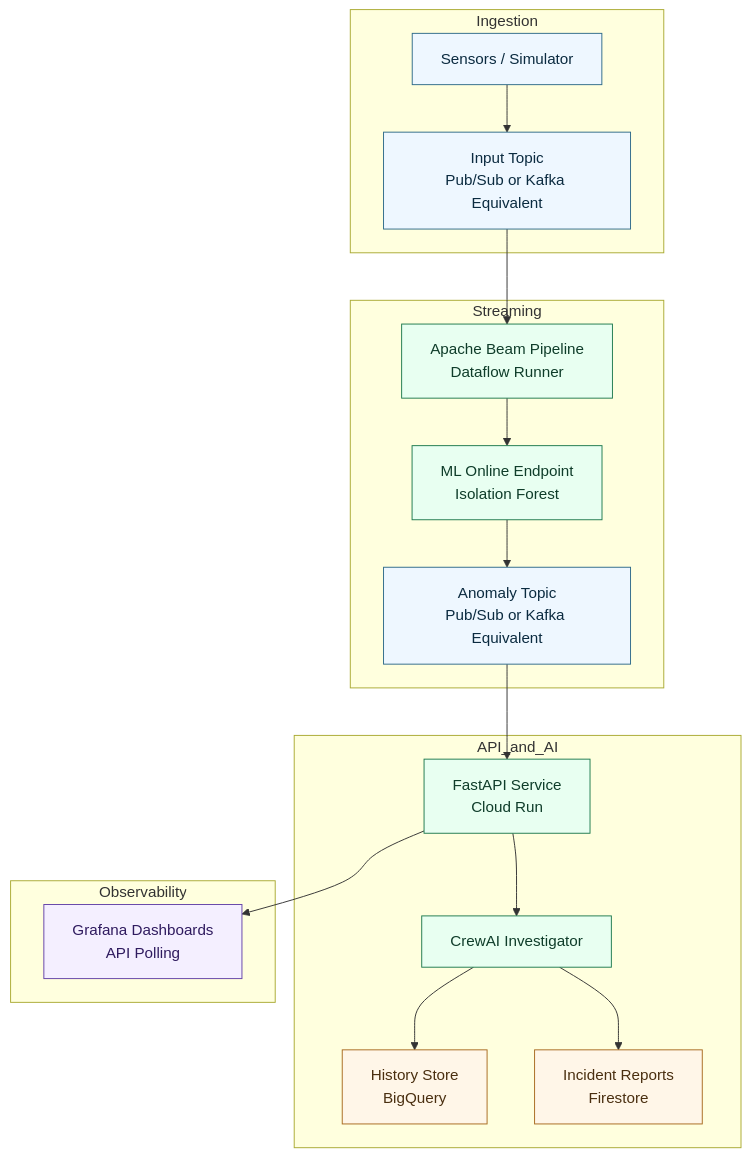
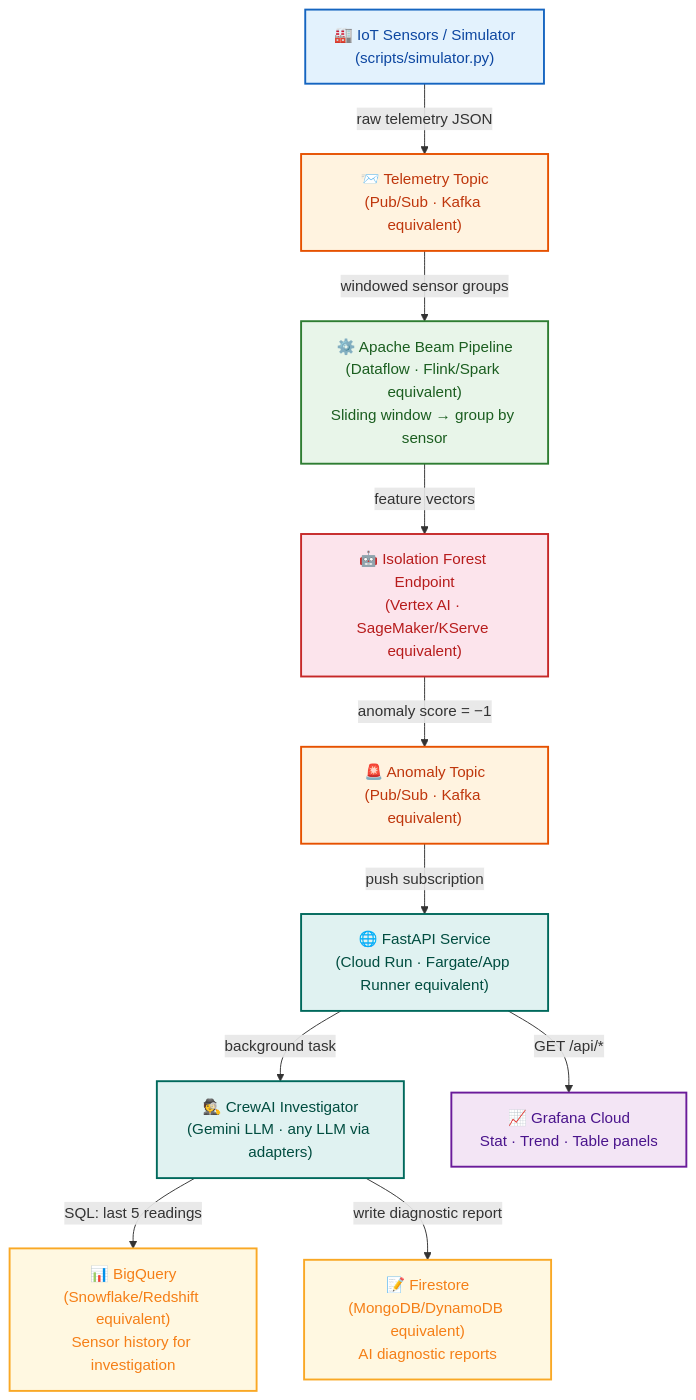
One commit to abhishekkr9/iot-anomaly-reliability changed the first of 2 diagrams in README.md. Above: the diagram before and after it, drawn with Mermaid. The commit also changed other lines of this file, not shown here.

Commit message:
Update architecture

````diff
--- a/README.md
+++ b/README.md
@@ -49,38 +51,40 @@
 ```mermaid
 flowchart TB
-  classDef edge fill:#eef7ff,stroke:#2f6b8a,stroke-width:1px,color:#0b2b40;
-  classDef compute fill:#e8fff1,stroke:#1f7a4f,stroke-width:1px,color:#0f3d2a;
-  classDef store fill:#fff6e8,stroke:#a86a1f,stroke-width:1px,color:#4a2f10;
-  classDef obs fill:#f4efff,stroke:#6443a8,stroke-width:1px,color:#2f1b5f;
+  classDef source fill:#e3f2fd,stroke:#1565c0,stroke-width:2px,color:#0d47a1
+  classDef stream fill:#fff3e0,stroke:#e65100,stroke-width:2px,color:#bf360c
+  classDef process fill:#e8f5e9,stroke:#2e7d32,stroke-width:2px,color:#1b5e20
+  classDef ml fill:#fce4ec,stroke:#c62828,stroke-width:2px,color:#b71c1c
+  classDef api fill:#e0f2f1,stroke:#00695c,stroke-width:2px,color:#004d40
+  classDef store fill:#fff8e1,stroke:#f9a825,stroke-width:2px,color:#f57f17
+  classDef dash fill:#f3e5f5,stroke:#6a1b9a,stroke-width:2px,color:#4a148c
 
-  subgraph Ingestion
-    S[Sensors / Simulator]:::edge
-    T1[Input Topic\nPub/Sub or Kafka Equivalent]:::edge
-    S --> T1
-  end
+  S["🏭 IoT Sensors / Simulator\n(scripts/simulator.py)"]:::source
 
-  subgraph Streaming
-    B[Apache Beam Pipeline\nDataflow Runner]:::compute
-    V[ML Online Endpoint\nIsolation Forest]:::compute
-    T2[Anomaly Topic\nPub/Sub or Kafka Equivalent]:::edge
-    T1 --> B
-    B --> V
-    V --> T2
-  end
+  T1["📨 Telemetry Topic\n(Pub/Sub · Kafka equivalent)"]:::stream
 
-  subgraph API_and_AI
-    A[FastAPI Service\nCloud Run]:::compute
-    C[CrewAI Investigator]:::compute
-    Q[History Store\nBigQuery]:::store
-    F[Incident Reports\nFirestore]:::store
-    T2 --> A
-    A --> C
-    C --> Q
-    C --> F
-  end
+  BP["⚙️ Apache Beam Pipeline\n(Dataflow · Flink/Spark equivalent)\nSliding window → group by sensor"]:::process
 
-  subgraph Observability
-    G[Grafana Dashboards\nAPI Polling]:::obs
-    A --> G
-  end
+  ML["🤖 Isolation Forest Endpoint\n(Vertex AI · SageMaker/KServe equivalent)"]:::ml
+
+  T2["🚨 Anomaly Topic\n(Pub/Sub · Kafka equivalent)"]:::stream
+
+  API["🌐 FastAPI Service\n(Cloud Run · Fargate/App Runner equivalent)"]:::api
+
+  CREW["🕵️ CrewAI Investigator\n(Gemini LLM · any LLM via adapters)"]:::api
+
+  BQ["📊 BigQuery\n(Snowflake/Redshift equivalent)\nSensor history for investigation"]:::store
+
+  FS["📝 Firestore\n(MongoDB/DynamoDB equivalent)\nAI diagnostic reports"]:::store
+
+  GF["📈 Grafana Cloud\nStat · Trend · Table panels"]:::dash
+
+  S -- "raw telemetry JSON" --> T1
+  T1 -- "windowed sensor groups" --> BP
+  BP -- "feature vectors" --> ML
+  ML -- "anomaly score = −1" --> T2
+  T2 -- "push subscription" --> API
+  API -- "background task" --> CREW
+  CREW -- "SQL: last 5 readings" --> BQ
+  CREW -- "write diagnostic report" --> FS
+  API -- "GET /api/*" --> GF
 ```
````
